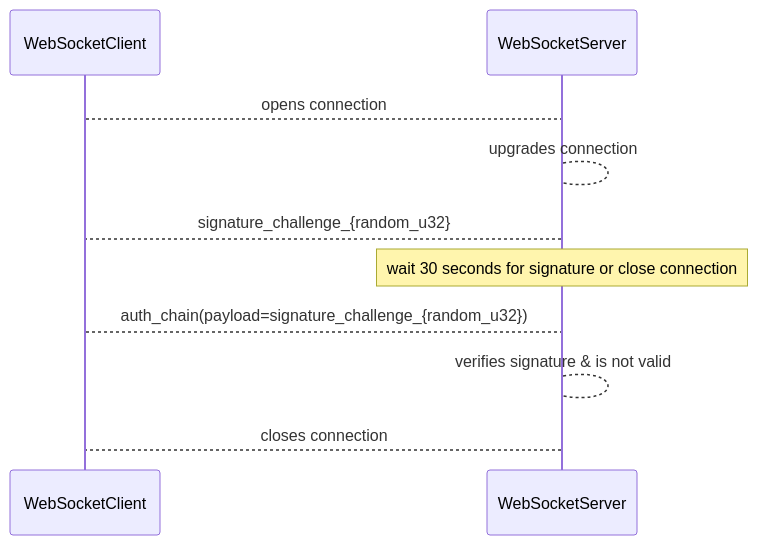
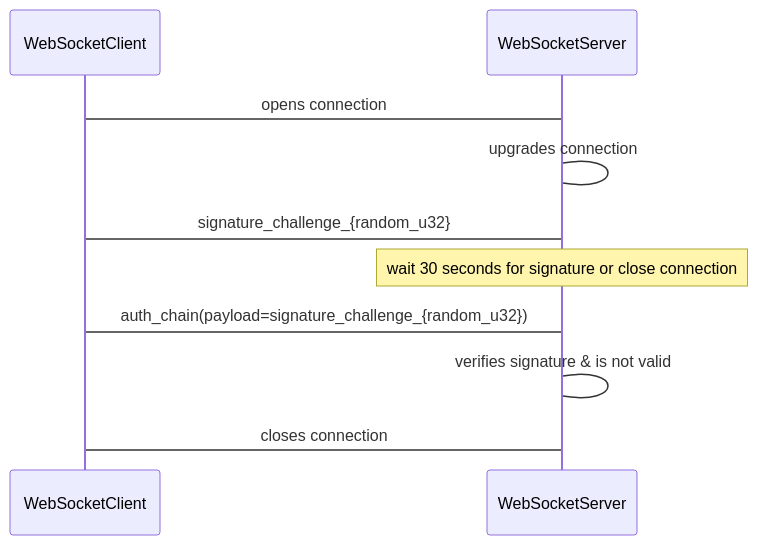
One commit to decentraland/adr changed the second of 2 diagrams in content/ADR-220-quests-rpc-login.md. Above: the diagram before and after it, drawn with Mermaid. The commit also changed other lines of this file, not shown here.

````diff
--- a/content/ADR-220-quests-rpc-login.md
+++ b/content/ADR-220-quests-rpc-login.md
@@ -51,10 +51,10 @@
 ```mermaid
 sequenceDiagram
-    WebSocketClient-->WebSocketServer: opens connection
-    WebSocketServer-->WebSocketServer: upgrades connection
-    WebSocketServer-->WebSocketClient: signature_challenge_{random_u32}
+    WebSocketClient->WebSocketServer: opens connection
+    WebSocketServer->WebSocketServer: upgrades connection
+    WebSocketServer->WebSocketClient: signature_challenge_{random_u32}
     note over WebSocketServer: wait 30 seconds for signature or close connection
-    WebSocketClient-->WebSocketServer: auth_chain(payload=signature_challenge_{random_u32})
-    WebSocketServer-->WebSocketServer: verifies signature & is not valid
-    WebSocketServer-->WebSocketClient: closes connection
+    WebSocketClient->WebSocketServer: auth_chain(payload=signature_challenge_{random_u32})
+    WebSocketServer->WebSocketServer: verifies signature & is not valid
+    WebSocketServer->WebSocketClient: closes connection
 ```
````
